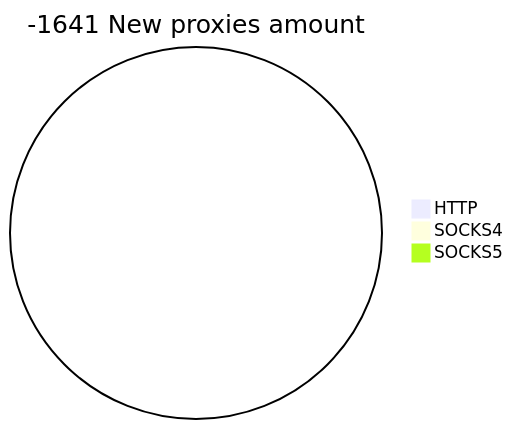
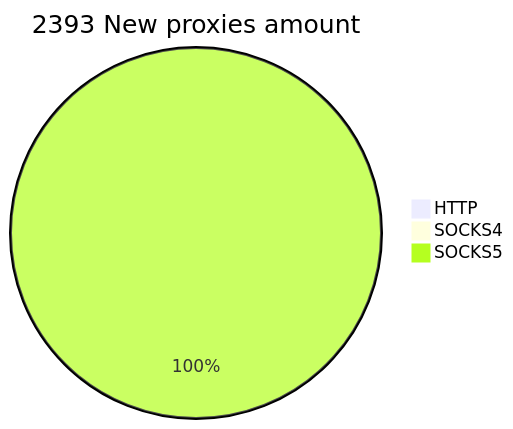
The second of 2 diagrams in README.md (cutipu/proxylist), drawn with Mermaid before and after one commit. The commit also changed other lines of this file, not shown here.

````diff
--- a/README.md
+++ b/README.md
@@ -10,6 +10,6 @@
 ```mermaid
-pie title -1641 New proxies amount
-    "HTTP" : 0
-    "SOCKS4" : 0
-    "SOCKS5" : 0
+pie title 2393 New proxies amount
+    "HTTP" : 5
+    "SOCKS4" : 2
+    "SOCKS5" : 2386
 ```
````
